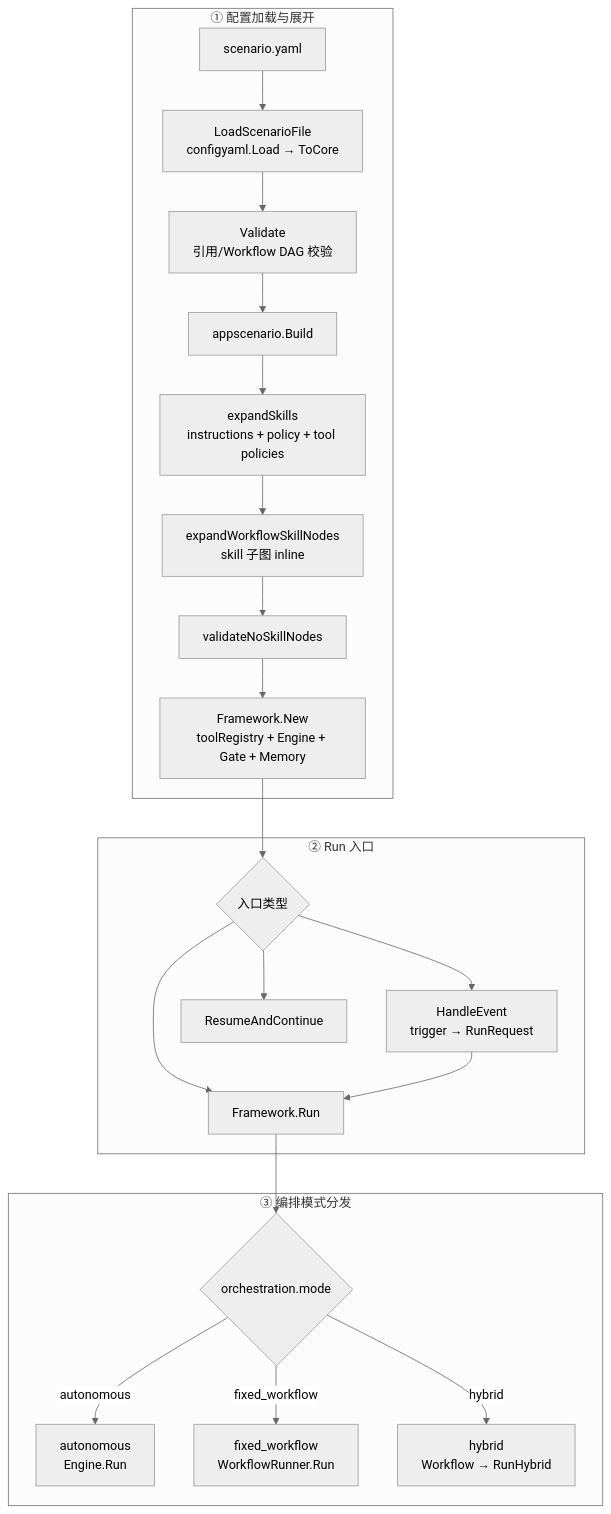
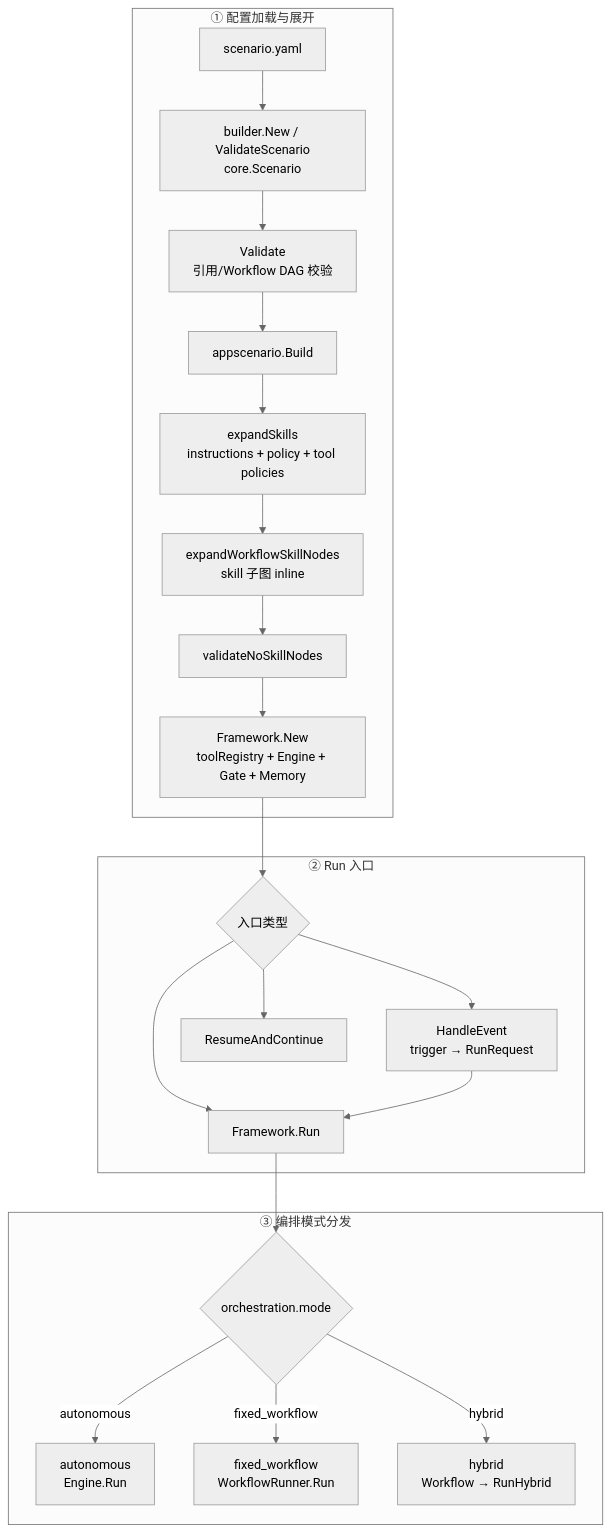
Before and after one commit to aijustin/agentflow-go: the first of 11 diagrams in docs/orchestration-flow.md, drawn with Mermaid (neutral theme). The commit also changed other lines of this file and 97 other files, not shown here.

````diff
--- a/docs/orchestration-flow.md
+++ b/docs/orchestration-flow.md
@@ -11,38 +11,38 @@
 ```mermaid
 flowchart TB
     subgraph S1["① 配置加载与展开"]
         YAML["scenario.yaml"]
-        LOAD["LoadScenarioFile<br/>configyaml.Load → ToCore"]
+        LOAD["builder.New / ValidateScenario<br/>core.Scenario"]
         VAL1["Validate<br/>引用/Workflow DAG 校验"]
         BUILD["appscenario.Build"]
         SK1["expandSkills<br/>instructions + policy + tool policies"]
         SK2["expandWorkflowSkillNodes<br/>skill 子图 inline"]
         VAL2["validateNoSkillNodes"]
         NEW["Framework.New<br/>toolRegistry + Engine + Gate + Memory"]
         YAML --> LOAD --> VAL1 --> BUILD
         BUILD --> SK1 --> SK2 --> VAL2 --> NEW
     end
 
     subgraph S2["② Run 入口"]
         ENTRY{"入口类型"}
         RUN["Framework.Run"]
         EVT["HandleEvent<br/>trigger → RunRequest"]
         RAC["ResumeAndContinue"]
         ENTRY --> RUN
         ENTRY --> EVT --> RUN
         ENTRY --> RAC
     end
 
     subgraph S3["③ 编排模式分发"]
         MODE{"orchestration.mode"}
         AUTO["autonomous<br/>Engine.Run"]
         FW["fixed_workflow<br/>WorkflowRunner.Run"]
         HYB["hybrid<br/>Workflow → RunHybrid"]
         RUN --> MODE
         MODE -->|autonomous| AUTO
         MODE -->|fixed_workflow| FW
         MODE -->|hybrid| HYB
     end
 
     NEW --> ENTRY
 ```
````
